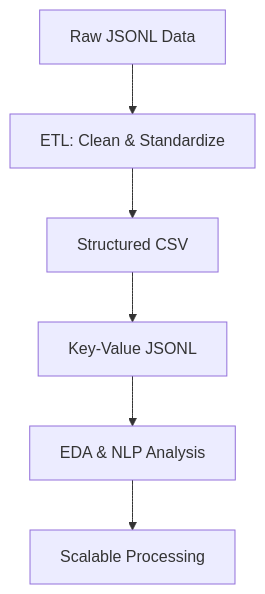
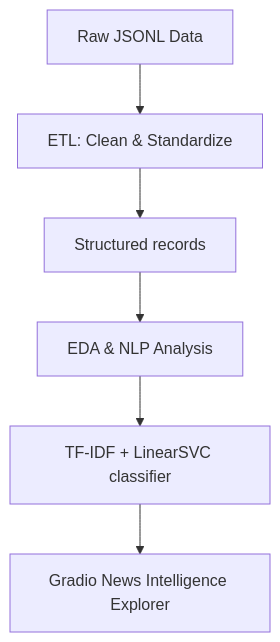
Before and after one commit to waleedarif1011/EssenceNews: the diagram in README.md, drawn with Mermaid. The commit also changed other lines of this file and 24 other files, not shown here.

First line of the commit message:
Portfolio upgrade: slim data, modular NLP, Gradio explorer, CI

````diff
--- a/README.md
+++ b/README.md
@@ -134,8 +76,8 @@
 ```mermaid
 graph TD;
     A[Raw JSONL Data] --> B[ETL: Clean & Standardize]
-    B --> C[Structured CSV]
-    C --> D[Key-Value JSONL]
-    D --> E[EDA & NLP Analysis]
-    E --> F[Scalable Processing]
+    B --> C[Structured records]
+    C --> D[EDA & NLP Analysis]
+    D --> E[TF-IDF + LinearSVC classifier]
+    E --> F[Gradio News Intelligence Explorer]
 ```
````
